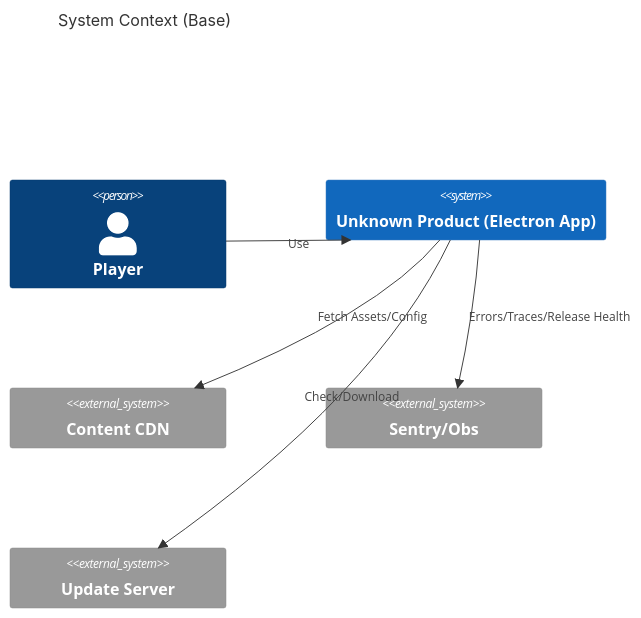
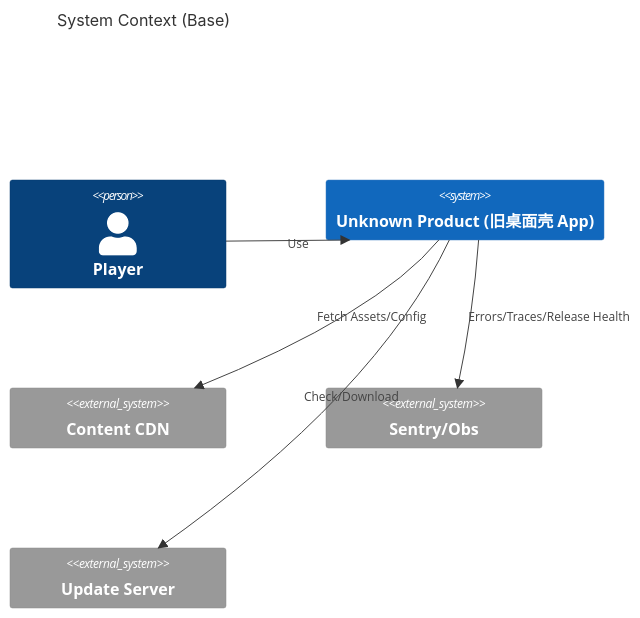
One commit to skyoxu/rouge changed the first of 3 diagrams in docs/architecture/base/04-system-context-c4-event-flows-v2.md. Above: the diagram before and after it, drawn with Mermaid. The commit also changed other lines of this file and 96 other files, not shown here.

Commit message:
docs(architecture): converge base/ADR docs and add PRD-rouge-manager overlays

````diff
--- a/docs/architecture/base/04-system-context-c4-event-flows-v2.md
+++ b/docs/architecture/base/04-system-context-c4-event-flows-v2.md
@@ -20,13 +20,13 @@
 ```mermaid
 C4Context
     title System Context (Base)
     Person(player, "Player")
-    System(app, "Unknown Product (Electron App)")
+    System(app, "Unknown Product (旧桌面壳 App)")
     System_Ext(cdn, "Content CDN")
     System_Ext(sentry, "Sentry/Obs")
     System_Ext(updater, "Update Server")
     Rel(player, app, "Use")
     Rel(app, cdn, "Fetch Assets/Config")
     Rel(app, sentry, "Errors/Traces/Release Health")
     Rel(app, updater, "Check/Download")
 ```
````
